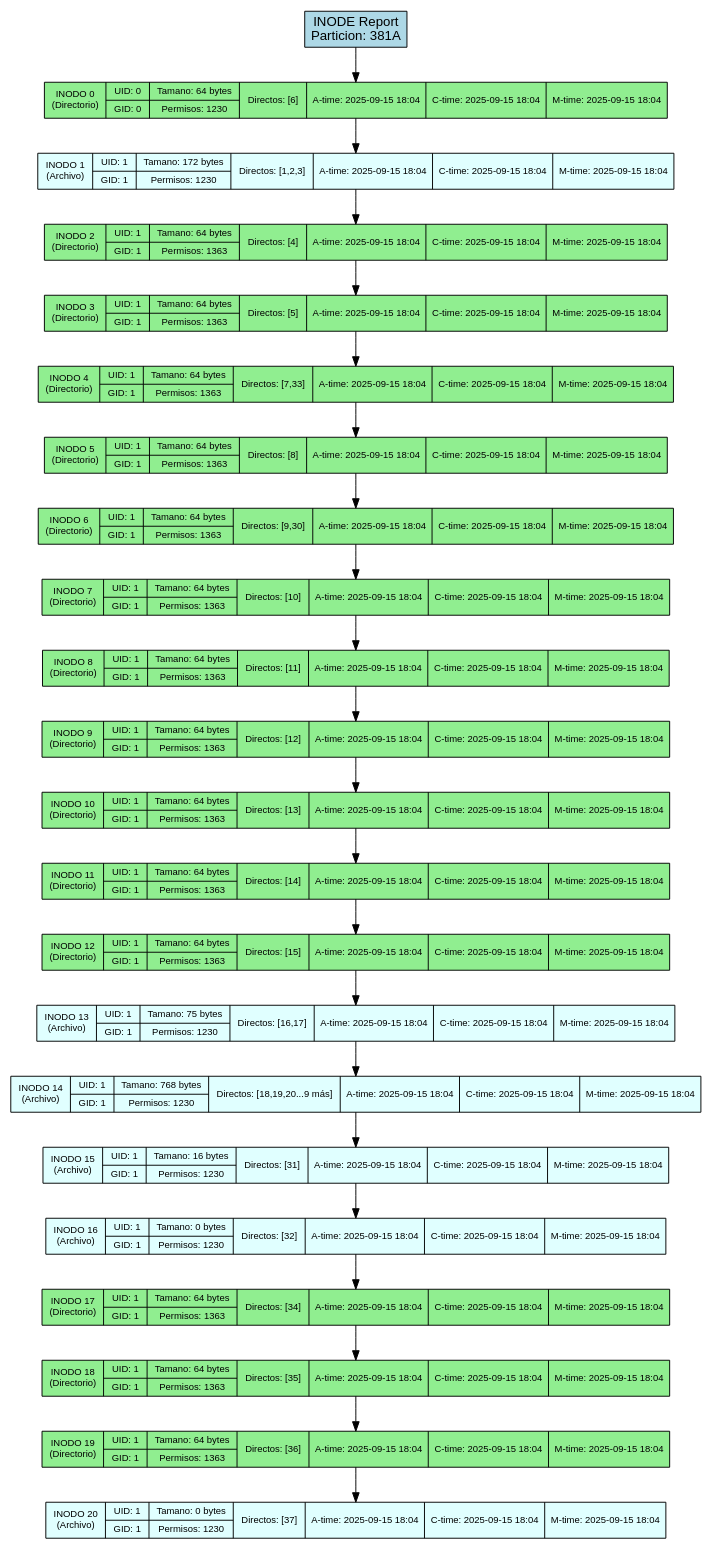
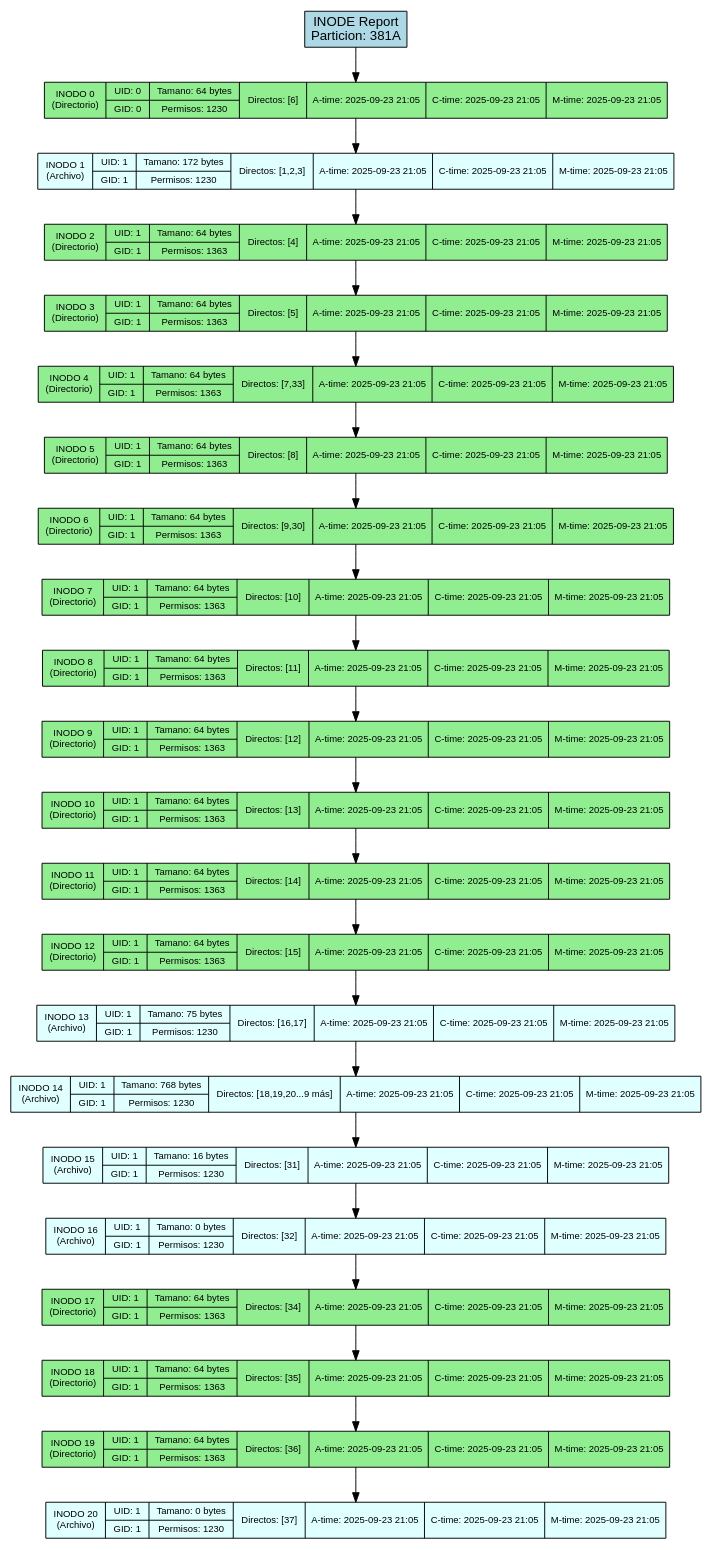
Before and after one commit to DiegVas/MIA_2S2025_P2_202300638: the diagram in backend/provider/reports/src/inode_381A.dot, drawn with Graphviz. The commit also changed 27 other files, not shown here.

```diff
--- a/backend/provider/reports/src/inode_381A.dot
+++ b/backend/provider/reports/src/inode_381A.dot
@@ -1,54 +1,54 @@
 digraph Inode_Report {
     rankdir=TB;
     node [shape=record, style=filled];
     graph [fontname="Arial", fontsize=12];
     node [fontname="Arial", fontsize=10];
     edge [fontname="Arial"];
 
     title [label="INODE Report\nParticion: 381A", fillcolor=lightblue, fontsize=14];
 
-    inode_0 [label="INODO 0\n(Directorio)|{UID: 0 | GID: 0}|{Tamano: 64 bytes | Permisos: 1230}|{Directos: [6]}|{A-time: 2025-09-15 18:04}|{C-time: 2025-09-15 18:04}|{M-time: 2025-09-15 18:04}", fillcolor=lightgreen];
-    inode_1 [label="INODO 1\n(Archivo)|{UID: 1 | GID: 1}|{Tamano: 172 bytes | Permisos: 1230}|{Directos: [1,2,3]}|{A-time: 2025-09-15 18:04}|{C-time: 2025-09-15 18:04}|{M-time: 2025-09-15 18:04}", fillcolor=lightcyan];
-    inode_2 [label="INODO 2\n(Directorio)|{UID: 1 | GID: 1}|{Tamano: 64 bytes | Permisos: 1363}|{Directos: [4]}|{A-time: 2025-09-15 18:04}|{C-time: 2025-09-15 18:04}|{M-time: 2025-09-15 18:04}", fillcolor=lightgreen];
-    inode_3 [label="INODO 3\n(Directorio)|{UID: 1 | GID: 1}|{Tamano: 64 bytes | Permisos: 1363}|{Directos: [5]}|{A-time: 2025-09-15 18:04}|{C-time: 2025-09-15 18:04}|{M-time: 2025-09-15 18:04}", fillcolor=lightgreen];
-    inode_4 [label="INODO 4\n(Directorio)|{UID: 1 | GID: 1}|{Tamano: 64 bytes | Permisos: 1363}|{Directos: [7,33]}|{A-time: 2025-09-15 18:04}|{C-time: 2025-09-15 18:04}|{M-time: 2025-09-15 18:04}", fillcolor=lightgreen];
-    inode_5 [label="INODO 5\n(Directorio)|{UID: 1 | GID: 1}|{Tamano: 64 bytes | Permisos: 1363}|{Directos: [8]}|{A-time: 2025-09-15 18:04}|{C-time: 2025-09-15 18:04}|{M-time: 2025-09-15 18:04}", fillcolor=lightgreen];
-    inode_6 [label="INODO 6\n(Directorio)|{UID: 1 | GID: 1}|{Tamano: 64 bytes | Permisos: 1363}|{Directos: [9,30]}|{A-time: 2025-09-15 18:04}|{C-time: 2025-09-15 18:04}|{M-time: 2025-09-15 18:04}", fillcolor=lightgreen];
-    inode_7 [label="INODO 7\n(Directorio)|{UID: 1 | GID: 1}|{Tamano: 64 bytes | Permisos: 1363}|{Directos: [10]}|{A-time: 2025-09-15 18:04}|{C-time: 2025-09-15 18:04}|{M-time: 2025-09-15 18:04}", fillcolor=lightgreen];
-    inode_8 [label="INODO 8\n(Directorio)|{UID: 1 | GID: 1}|{Tamano: 64 bytes | Permisos: 1363}|{Directos: [11]}|{A-time: 2025-09-15 18:04}|{C-time: 2025-09-15 18:04}|{M-time: 2025-09-15 18:04}", fillcolor=lightgreen];
-    inode_9 [label="INODO 9\n(Directorio)|{UID: 1 | GID: 1}|{Tamano: 64 bytes | Permisos: 1363}|{Directos: [12]}|{A-time: 2025-09-15 18:04}|{C-time: 2025-09-15 18:04}|{M-time: 2025-09-15 18:04}", fillcolor=lightgreen];
-    inode_10 [label="INODO 10\n(Directorio)|{UID: 1 | GID: 1}|{Tamano: 64 bytes | Permisos: 1363}|{Directos: [13]}|{A-time: 2025-09-15 18:04}|{C-time: 2025-09-15 18:04}|{M-time: 2025-09-15 18:04}", fillcolor=lightgreen];
-    inode_11 [label="INODO 11\n(Directorio)|{UID: 1 | GID: 1}|{Tamano: 64 bytes | Permisos: 1363}|{Directos: [14]}|{A-time: 2025-09-15 18:04}|{C-time: 2025-09-15 18:04}|{M-time: 2025-09-15 18:04}", fillcolor=lightgreen];
-    inode_12 [label="INODO 12\n(Directorio)|{UID: 1 | GID: 1}|{Tamano: 64 bytes | Permisos: 1363}|{Directos: [15]}|{A-time: 2025-09-15 18:04}|{C-time: 2025-09-15 18:04}|{M-time: 2025-09-15 18:04}", fillcolor=lightgreen];
-    inode_13 [label="INODO 13\n(Archivo)|{UID: 1 | GID: 1}|{Tamano: 75 bytes | Permisos: 1230}|{Directos: [16,17]}|{A-time: 2025-09-15 18:04}|{C-time: 2025-09-15 18:04}|{M-time: 2025-09-15 18:04}", fillcolor=lightcyan];
-    inode_14 [label="INODO 14\n(Archivo)|{UID: 1 | GID: 1}|{Tamano: 768 bytes | Permisos: 1230}|{Directos: [18,19,20...9 más]}|{A-time: 2025-09-15 18:04}|{C-time: 2025-09-15 18:04}|{M-time: 2025-09-15 18:04}", fillcolor=lightcyan];
-    inode_15 [label="INODO 15\n(Archivo)|{UID: 1 | GID: 1}|{Tamano: 16 bytes | Permisos: 1230}|{Directos: [31]}|{A-time: 2025-09-15 18:04}|{C-time: 2025-09-15 18:04}|{M-time: 2025-09-15 18:04}", fillcolor=lightcyan];
-    inode_16 [label="INODO 16\n(Archivo)|{UID: 1 | GID: 1}|{Tamano: 0 bytes | Permisos: 1230}|{Directos: [32]}|{A-time: 2025-09-15 18:04}|{C-time: 2025-09-15 18:04}|{M-time: 2025-09-15 18:04}", fillcolor=lightcyan];
-    inode_17 [label="INODO 17\n(Directorio)|{UID: 1 | GID: 1}|{Tamano: 64 bytes | Permisos: 1363}|{Directos: [34]}|{A-time: 2025-09-15 18:04}|{C-time: 2025-09-15 18:04}|{M-time: 2025-09-15 18:04}", fillcolor=lightgreen];
-    inode_18 [label="INODO 18\n(Directorio)|{UID: 1 | GID: 1}|{Tamano: 64 bytes | Permisos: 1363}|{Directos: [35]}|{A-time: 2025-09-15 18:04}|{C-time: 2025-09-15 18:04}|{M-time: 2025-09-15 18:04}", fillcolor=lightgreen];
-    inode_19 [label="INODO 19\n(Directorio)|{UID: 1 | GID: 1}|{Tamano: 64 bytes | Permisos: 1363}|{Directos: [36]}|{A-time: 2025-09-15 18:04}|{C-time: 2025-09-15 18:04}|{M-time: 2025-09-15 18:04}", fillcolor=lightgreen];
-    inode_20 [label="INODO 20\n(Archivo)|{UID: 1 | GID: 1}|{Tamano: 0 bytes | Permisos: 1230}|{Directos: [37]}|{A-time: 2025-09-15 18:04}|{C-time: 2025-09-15 18:04}|{M-time: 2025-09-15 18:04}", fillcolor=lightcyan];
+    inode_0 [label="INODO 0\n(Directorio)|{UID: 0 | GID: 0}|{Tamano: 64 bytes | Permisos: 1230}|{Directos: [6]}|{A-time: 2025-09-23 21:05}|{C-time: 2025-09-23 21:05}|{M-time: 2025-09-23 21:05}", fillcolor=lightgreen];
+    inode_1 [label="INODO 1\n(Archivo)|{UID: 1 | GID: 1}|{Tamano: 172 bytes | Permisos: 1230}|{Directos: [1,2,3]}|{A-time: 2025-09-23 21:05}|{C-time: 2025-09-23 21:05}|{M-time: 2025-09-23 21:05}", fillcolor=lightcyan];
+    inode_2 [label="INODO 2\n(Directorio)|{UID: 1 | GID: 1}|{Tamano: 64 bytes | Permisos: 1363}|{Directos: [4]}|{A-time: 2025-09-23 21:05}|{C-time: 2025-09-23 21:05}|{M-time: 2025-09-23 21:05}", fillcolor=lightgreen];
+    inode_3 [label="INODO 3\n(Directorio)|{UID: 1 | GID: 1}|{Tamano: 64 bytes | Permisos: 1363}|{Directos: [5]}|{A-time: 2025-09-23 21:05}|{C-time: 2025-09-23 21:05}|{M-time: 2025-09-23 21:05}", fillcolor=lightgreen];
+    inode_4 [label="INODO 4\n(Directorio)|{UID: 1 | GID: 1}|{Tamano: 64 bytes | Permisos: 1363}|{Directos: [7,33]}|{A-time: 2025-09-23 21:05}|{C-time: 2025-09-23 21:05}|{M-time: 2025-09-23 21:05}", fillcolor=lightgreen];
+    inode_5 [label="INODO 5\n(Directorio)|{UID: 1 | GID: 1}|{Tamano: 64 bytes | Permisos: 1363}|{Directos: [8]}|{A-time: 2025-09-23 21:05}|{C-time: 2025-09-23 21:05}|{M-time: 2025-09-23 21:05}", fillcolor=lightgreen];
+    inode_6 [label="INODO 6\n(Directorio)|{UID: 1 | GID: 1}|{Tamano: 64 bytes | Permisos: 1363}|{Directos: [9,30]}|{A-time: 2025-09-23 21:05}|{C-time: 2025-09-23 21:05}|{M-time: 2025-09-23 21:05}", fillcolor=lightgreen];
+    inode_7 [label="INODO 7\n(Directorio)|{UID: 1 | GID: 1}|{Tamano: 64 bytes | Permisos: 1363}|{Directos: [10]}|{A-time: 2025-09-23 21:05}|{C-time: 2025-09-23 21:05}|{M-time: 2025-09-23 21:05}", fillcolor=lightgreen];
+    inode_8 [label="INODO 8\n(Directorio)|{UID: 1 | GID: 1}|{Tamano: 64 bytes | Permisos: 1363}|{Directos: [11]}|{A-time: 2025-09-23 21:05}|{C-time: 2025-09-23 21:05}|{M-time: 2025-09-23 21:05}", fillcolor=lightgreen];
+    inode_9 [label="INODO 9\n(Directorio)|{UID: 1 | GID: 1}|{Tamano: 64 bytes | Permisos: 1363}|{Directos: [12]}|{A-time: 2025-09-23 21:05}|{C-time: 2025-09-23 21:05}|{M-time: 2025-09-23 21:05}", fillcolor=lightgreen];
+    inode_10 [label="INODO 10\n(Directorio)|{UID: 1 | GID: 1}|{Tamano: 64 bytes | Permisos: 1363}|{Directos: [13]}|{A-time: 2025-09-23 21:05}|{C-time: 2025-09-23 21:05}|{M-time: 2025-09-23 21:05}", fillcolor=lightgreen];
+    inode_11 [label="INODO 11\n(Directorio)|{UID: 1 | GID: 1}|{Tamano: 64 bytes | Permisos: 1363}|{Directos: [14]}|{A-time: 2025-09-23 21:05}|{C-time: 2025-09-23 21:05}|{M-time: 2025-09-23 21:05}", fillcolor=lightgreen];
+    inode_12 [label="INODO 12\n(Directorio)|{UID: 1 | GID: 1}|{Tamano: 64 bytes | Permisos: 1363}|{Directos: [15]}|{A-time: 2025-09-23 21:05}|{C-time: 2025-09-23 21:05}|{M-time: 2025-09-23 21:05}", fillcolor=lightgreen];
+    inode_13 [label="INODO 13\n(Archivo)|{UID: 1 | GID: 1}|{Tamano: 75 bytes | Permisos: 1230}|{Directos: [16,17]}|{A-time: 2025-09-23 21:05}|{C-time: 2025-09-23 21:05}|{M-time: 2025-09-23 21:05}", fillcolor=lightcyan];
+    inode_14 [label="INODO 14\n(Archivo)|{UID: 1 | GID: 1}|{Tamano: 768 bytes | Permisos: 1230}|{Directos: [18,19,20...9 más]}|{A-time: 2025-09-23 21:05}|{C-time: 2025-09-23 21:05}|{M-time: 2025-09-23 21:05}", fillcolor=lightcyan];
+    inode_15 [label="INODO 15\n(Archivo)|{UID: 1 | GID: 1}|{Tamano: 16 bytes | Permisos: 1230}|{Directos: [31]}|{A-time: 2025-09-23 21:05}|{C-time: 2025-09-23 21:05}|{M-time: 2025-09-23 21:05}", fillcolor=lightcyan];
+    inode_16 [label="INODO 16\n(Archivo)|{UID: 1 | GID: 1}|{Tamano: 0 bytes | Permisos: 1230}|{Directos: [32]}|{A-time: 2025-09-23 21:05}|{C-time: 2025-09-23 21:05}|{M-time: 2025-09-23 21:05}", fillcolor=lightcyan];
+    inode_17 [label="INODO 17\n(Directorio)|{UID: 1 | GID: 1}|{Tamano: 64 bytes | Permisos: 1363}|{Directos: [34]}|{A-time: 2025-09-23 21:05}|{C-time: 2025-09-23 21:05}|{M-time: 2025-09-23 21:05}", fillcolor=lightgreen];
+    inode_18 [label="INODO 18\n(Directorio)|{UID: 1 | GID: 1}|{Tamano: 64 bytes | Permisos: 1363}|{Directos: [35]}|{A-time: 2025-09-23 21:05}|{C-time: 2025-09-23 21:05}|{M-time: 2025-09-23 21:05}", fillcolor=lightgreen];
+    inode_19 [label="INODO 19\n(Directorio)|{UID: 1 | GID: 1}|{Tamano: 64 bytes | Permisos: 1363}|{Directos: [36]}|{A-time: 2025-09-23 21:05}|{C-time: 2025-09-23 21:05}|{M-time: 2025-09-23 21:05}", fillcolor=lightgreen];
+    inode_20 [label="INODO 20\n(Archivo)|{UID: 1 | GID: 1}|{Tamano: 0 bytes | Permisos: 1230}|{Directos: [37]}|{A-time: 2025-09-23 21:05}|{C-time: 2025-09-23 21:05}|{M-time: 2025-09-23 21:05}", fillcolor=lightcyan];
 
     // Conexiones de la lista enlazada
     title -> inode_0;
     inode_0 -> inode_1;
     inode_1 -> inode_2;
     inode_2 -> inode_3;
     inode_3 -> inode_4;
     inode_4 -> inode_5;
     inode_5 -> inode_6;
     inode_6 -> inode_7;
     inode_7 -> inode_8;
     inode_8 -> inode_9;
     inode_9 -> inode_10;
     inode_10 -> inode_11;
     inode_11 -> inode_12;
     inode_12 -> inode_13;
     inode_13 -> inode_14;
     inode_14 -> inode_15;
     inode_15 -> inode_16;
     inode_16 -> inode_17;
     inode_17 -> inode_18;
     inode_18 -> inode_19;
     inode_19 -> inode_20;
 }
```
